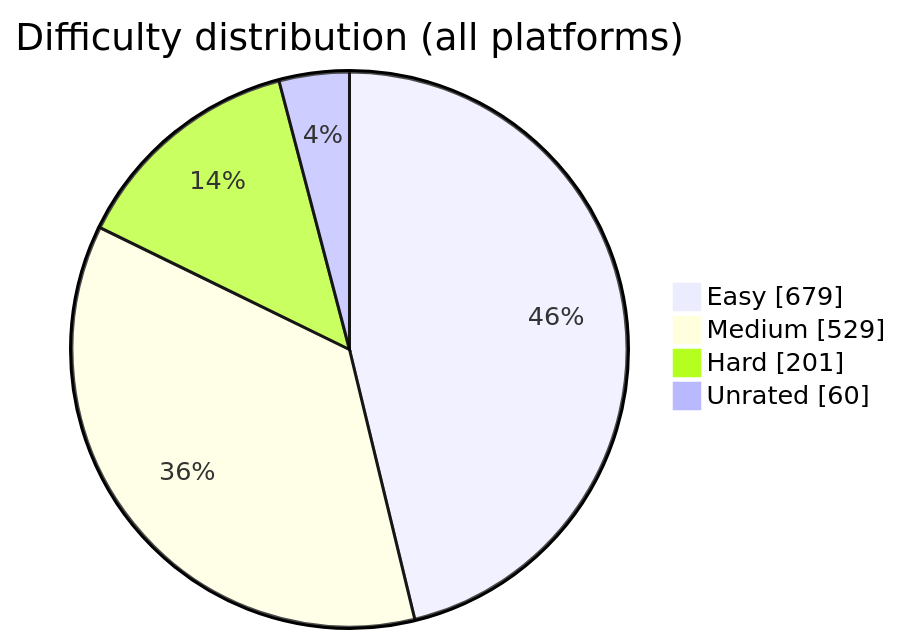
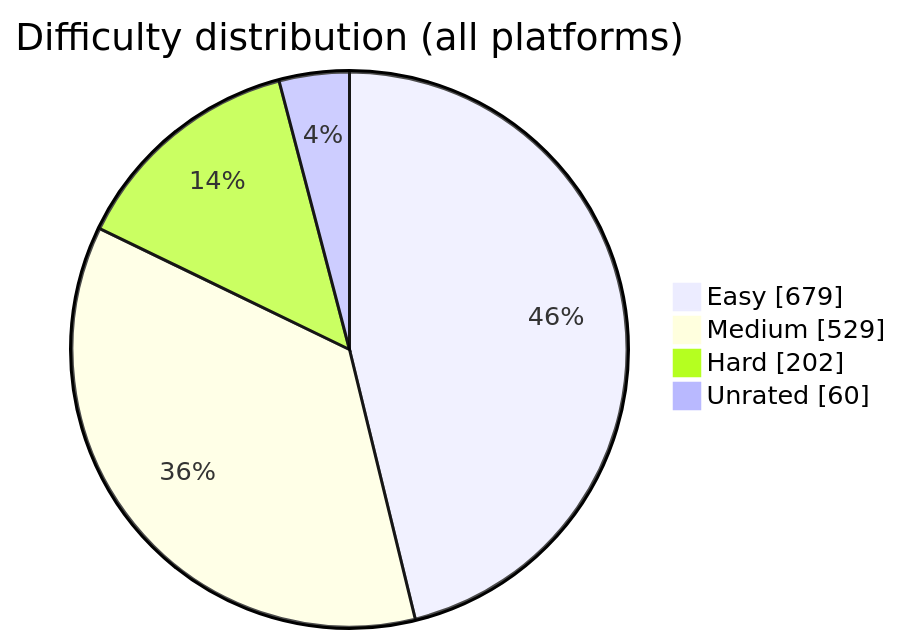
Before and after one commit to BuildbyArindam/Daily-Coding-Log: the diagram in README.md, drawn with Mermaid. The commit also changed other lines of this file, not shown here.

````diff
--- a/README.md
+++ b/README.md
@@ -93,7 +93,7 @@
 ```mermaid
 pie showData title Difficulty distribution (all platforms)
     "Easy" : 679
     "Medium" : 529
-    "Hard" : 201
+    "Hard" : 202
     "Unrated" : 60
 ```
````
